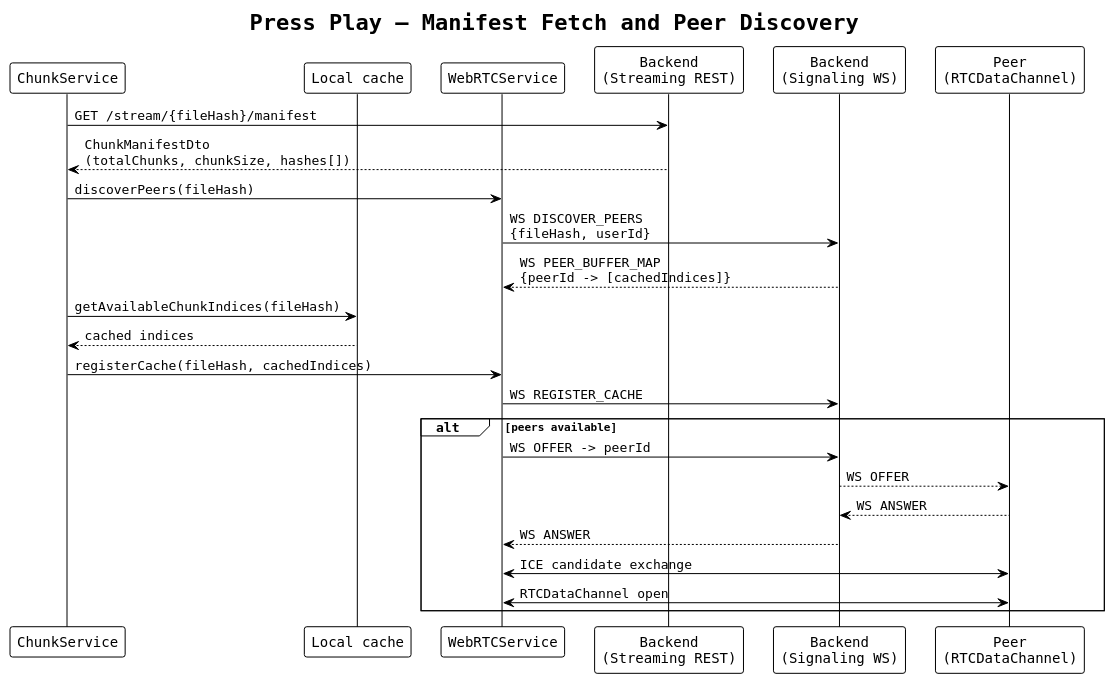
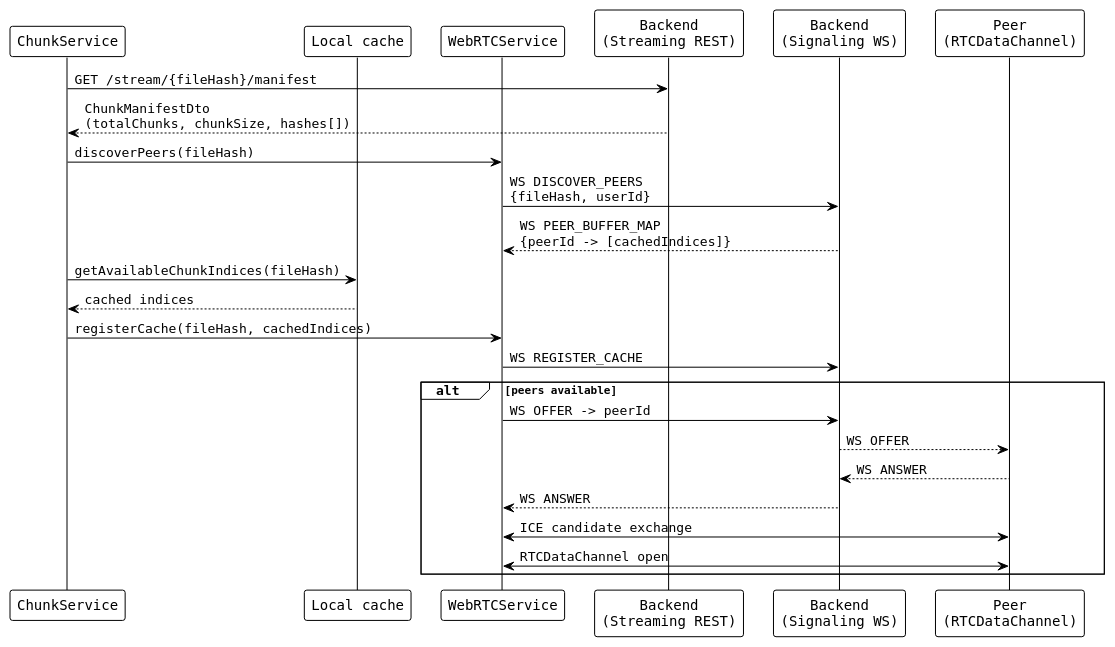
The diagram in diagrams/flow_press_play_discovery.puml (SDarius22/music-player-project), drawn with PlantUML before and after one commit. The commit also changed 37 other files, not shown here.

Commit message:
thesis + diagrams

```diff
--- a/diagrams/flow_press_play_discovery.puml
+++ b/diagrams/flow_press_play_discovery.puml
@@ -1,35 +1,33 @@
 @startuml flow_press_play_discovery
 !theme plain
 skinparam defaultFontName monospaced
-
-title Press Play — Manifest Fetch and Peer Discovery
 
 participant "ChunkService" as chunkSvc
 participant "Local cache" as cache
 participant "WebRTCService" as webrtc
 participant "Backend\n(Streaming REST)" as streamServer
 participant "Backend\n(Signaling WS)" as sigServer
 participant "Peer\n(RTCDataChannel)" as peer
 
 chunkSvc -> streamServer: GET /stream/{fileHash}/manifest
 streamServer --> chunkSvc: ChunkManifestDto\n(totalChunks, chunkSize, hashes[])
 
 chunkSvc -> webrtc: discoverPeers(fileHash)
 webrtc -> sigServer: WS DISCOVER_PEERS\n{fileHash, userId}
 sigServer --> webrtc: WS PEER_BUFFER_MAP\n{peerId -> [cachedIndices]}
 
 chunkSvc -> cache: getAvailableChunkIndices(fileHash)
 cache --> chunkSvc: cached indices
 chunkSvc -> webrtc: registerCache(fileHash, cachedIndices)
 webrtc -> sigServer: WS REGISTER_CACHE
 
 alt peers available
   webrtc -> sigServer: WS OFFER -> peerId
   sigServer --> peer: WS OFFER
   peer --> sigServer: WS ANSWER
   sigServer --> webrtc: WS ANSWER
   webrtc <-> peer: ICE candidate exchange
   webrtc <-> peer: RTCDataChannel open
 end
 
 @enduml
```
